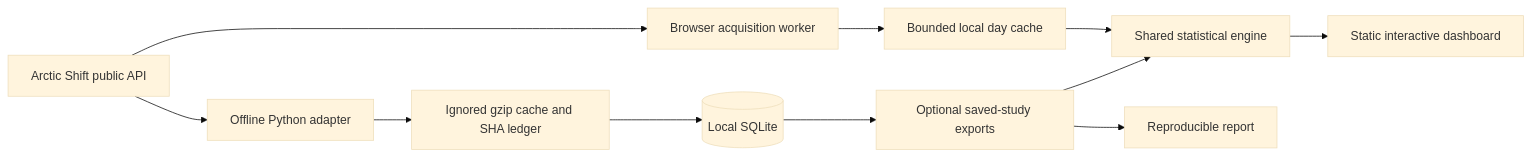
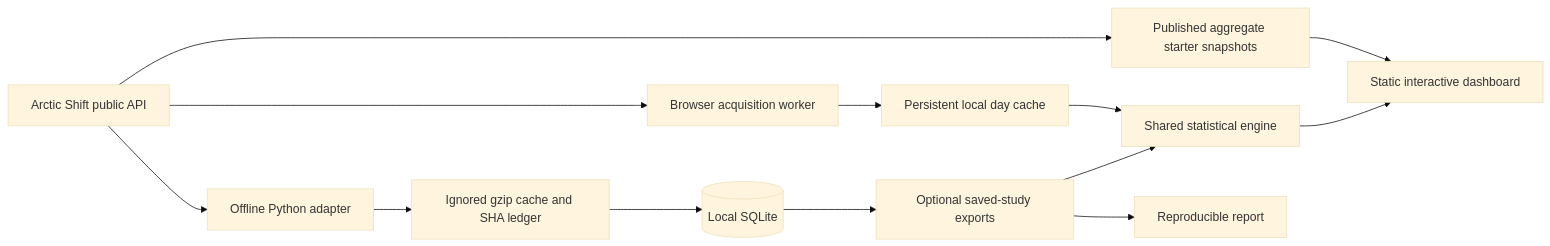
Before and after one commit to aaditya-v-more/reddit-activity-lab: the diagram in README.md, drawn with Mermaid (base theme). The commit also changed other lines of this file and 50 other files, not shown here.

````diff
--- a/README.md
+++ b/README.md
@@ -45,13 +45,15 @@
 ```mermaid
 flowchart LR
   API[Arctic Shift public API] --> W[Browser acquisition worker]
-  W --> C[Bounded local day cache]
+  API --> S[Published aggregate starter snapshots]
+  S --> UI
+  W --> C[Persistent local day cache]
   C --> JS[Shared statistical engine]
   JS --> UI[Static interactive dashboard]
   API --> P[Offline Python adapter]
   P --> RAW[Ignored gzip cache and SHA ledger]
   RAW --> DB[(Local SQLite)]
   DB --> E[Optional saved-study exports]
   E --> JS
   E --> R[Reproducible report]
 ```
````
